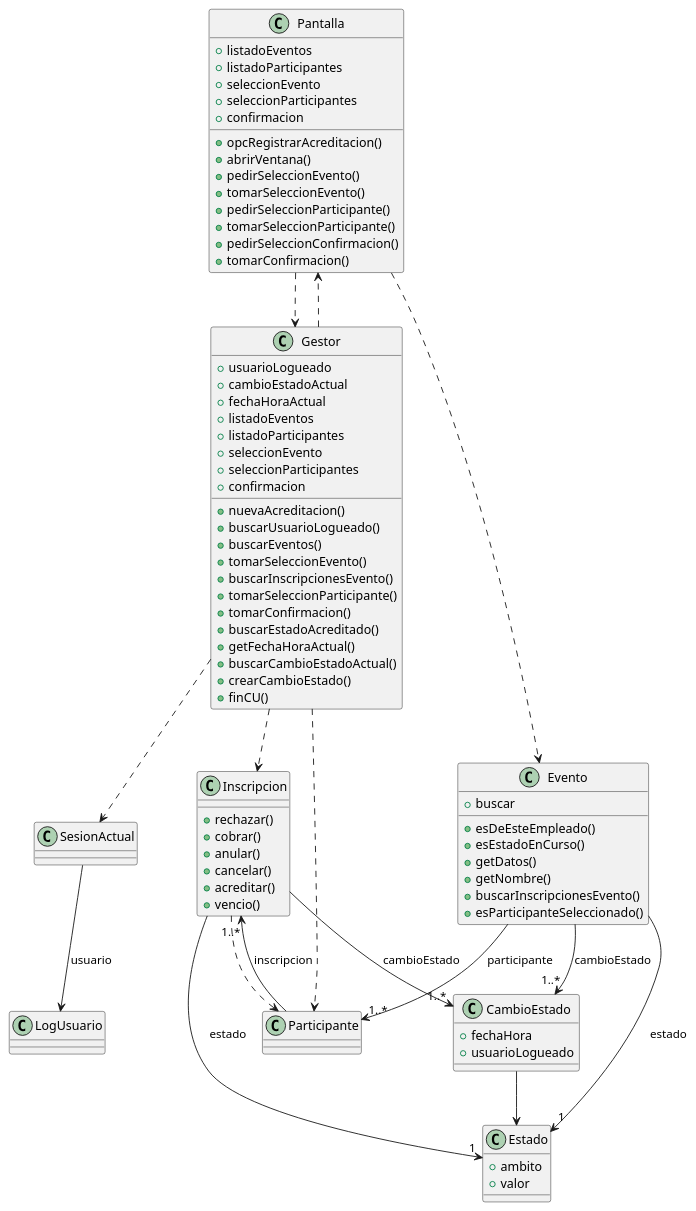
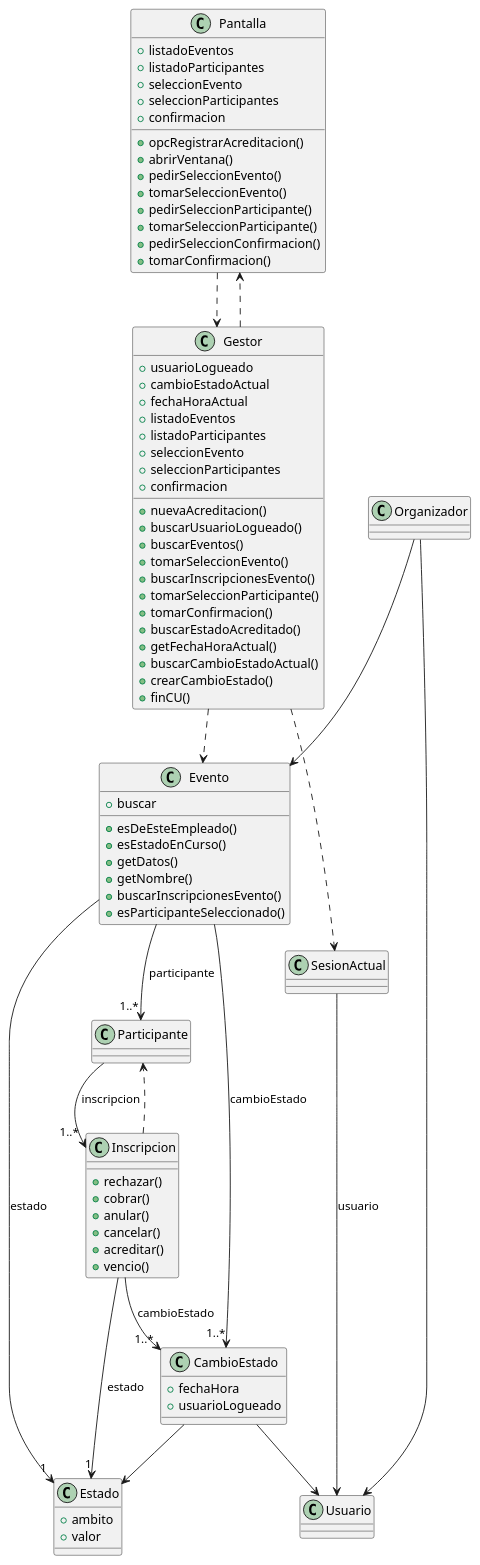
The diagram in PreParciales/GestionEventos/Inscripcion/clase.puml (IgnacioSala20/Diagramas), drawn with PlantUML before and after one commit. The commit also changed 2 other files, not shown here.

```diff
--- a/PreParciales/GestionEventos/Inscripcion/clase.puml
+++ b/PreParciales/GestionEventos/Inscripcion/clase.puml
@@ -1,94 +1,99 @@
 @startuml diagrama clases
 
 class Pantalla {
     +listadoEventos
     +listadoParticipantes
     +seleccionEvento
     +seleccionParticipantes
     +confirmacion
     +opcRegistrarAcreditacion()
     +abrirVentana()
     +pedirSeleccionEvento()
     +tomarSeleccionEvento()
     +pedirSeleccionParticipante()
     +tomarSeleccionParticipante()
     +pedirSeleccionConfirmacion()
     +tomarConfirmacion()
 }
 
 class Gestor{
     +usuarioLogueado
     +cambioEstadoActual
     +fechaHoraActual
     +listadoEventos
     +listadoParticipantes
     +seleccionEvento
     +seleccionParticipantes
     +confirmacion
     +nuevaAcreditacion()
     +buscarUsuarioLogueado()
     +buscarEventos()
     +tomarSeleccionEvento()
     +buscarInscripcionesEvento()
     +tomarSeleccionParticipante()
     +tomarConfirmacion()
     +buscarEstadoAcreditado()
     +getFechaHoraActual()
     +buscarCambioEstadoActual()
     +crearCambioEstado()
     +finCU()
 }
 Pantalla ..> Gestor 
 Gestor ..> Pantalla
 class SesionActual{
 
 }
 
-class LogUsuario{
+class Usuario{
 
 }
 
 class Evento{
     +esDeEsteEmpleado()
     +esEstadoEnCurso()
     +getDatos()
     +getNombre()
     +buscarInscripcionesEvento()
     +esParticipanteSeleccionado()
     +buscar
 }
 Evento --> "1" Estado : estado
 Evento --> "1..*" CambioEstado : cambioEstado
 class Estado{
     +ambito
     +valor
 }
 class Participante{
 
 }
 class Inscripcion{
     +rechazar()
     +cobrar()
     +anular()
     +cancelar()
     +acreditar()
     +vencio()
 }
 class CambioEstado{
     +fechaHora
     +usuarioLogueado
 
 }
 
 CambioEstado -->Estado
-Pantalla ..> Evento 
+Gestor ..> Evento 
 Evento --> "1..*" Participante : participante
 Participante --> "1..*" Inscripcion : inscripcion
 Inscripcion --> "1..*" CambioEstado : cambioEstado
 Inscripcion --> "1" Estado : estado
-SesionActual --> LogUsuario : usuario
+SesionActual --> Usuario : usuario
 Gestor ..> SesionActual
-Gestor ..> Inscripcion
 Inscripcion ..>Participante
-Gestor ..>Participante
+
+class Organizador {
+
+}
+Organizador --> Usuario
+Organizador --> Evento
+CambioEstado --> Usuario 
 @enduml
```
